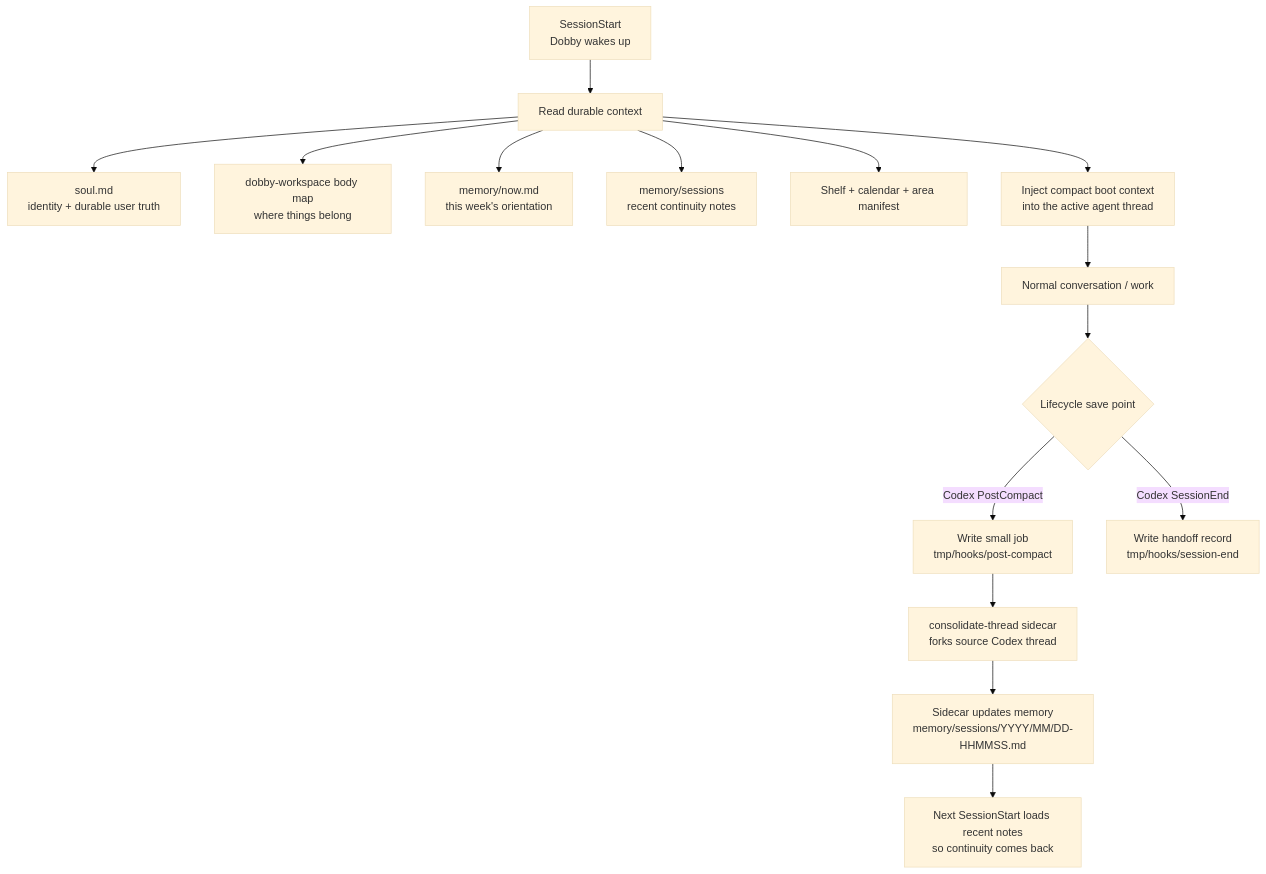
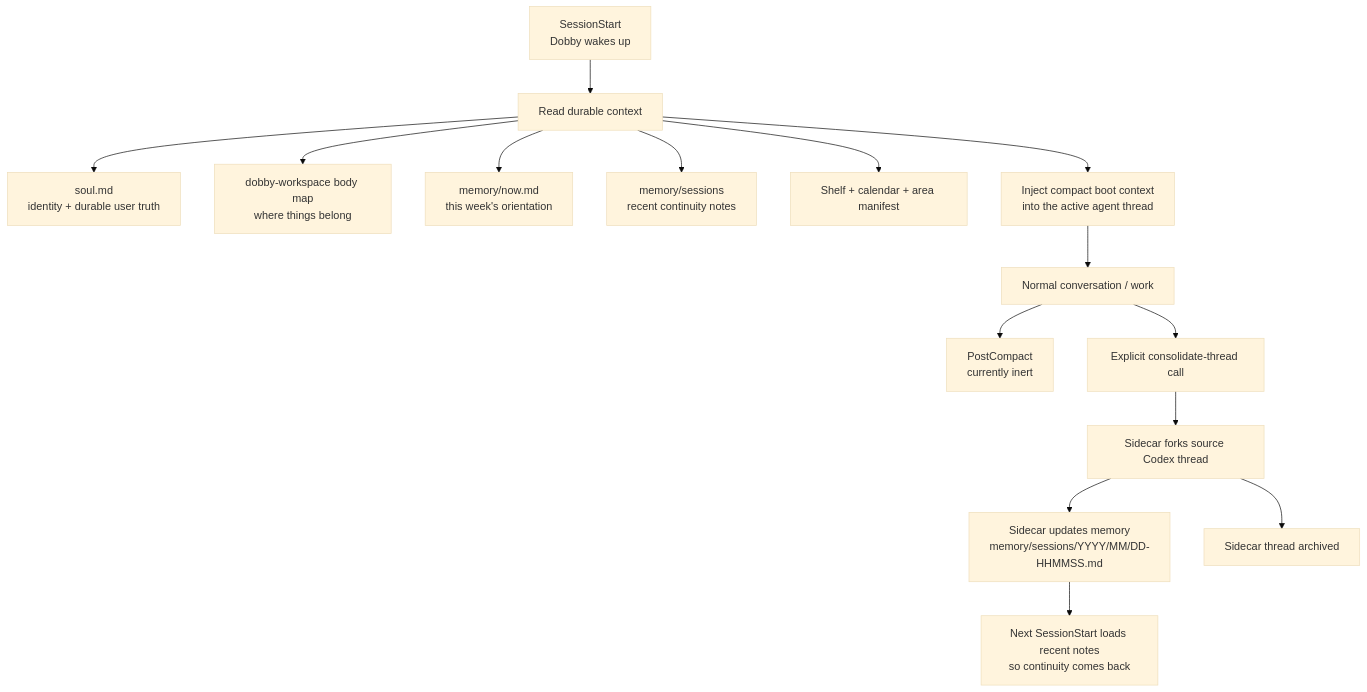
One commit to wisdom-in-a-nutshell/.agents changed the diagram in skills-source/owned/dobby-lifecycle/references/lifecycle-hooks.md. Above: the diagram before and after it, drawn with Mermaid (base theme). The commit also changed other lines of this file and 3 other files, not shown here.

Commit message:
Auto-sync: lifecycle post-compact cleanup

````diff
--- a/skills-source/owned/dobby-lifecycle/references/lifecycle-hooks.md
+++ b/skills-source/owned/dobby-lifecycle/references/lifecycle-hooks.md
@@ -8,21 +8,20 @@
 ```mermaid
 flowchart TD
     A["SessionStart<br/>Dobby wakes up"] --> B["Read durable context"]
     B --> B1["soul.md<br/>identity + durable user truth"]
     B --> B2["dobby-workspace body map<br/>where things belong"]
     B --> B3["memory/now.md<br/>this week's orientation"]
     B --> B4["memory/sessions<br/>recent continuity notes"]
     B --> B5["Shelf + calendar + area manifest"]
     B --> C["Inject compact boot context<br/>into the active agent thread"]
 
     C --> D["Normal conversation / work"]
 
-    D --> E{"Lifecycle save point"}
-    E -->|Codex PostCompact| F["Write small job<br/>tmp/hooks/post-compact"]
-    F --> G["consolidate-thread sidecar<br/>forks source Codex thread"]
+    D --> E["PostCompact<br/>currently inert"]
+    D --> F["Explicit consolidate-thread call"]
+    F --> G["Sidecar forks source Codex thread"]
     G --> H["Sidecar updates memory<br/>memory/sessions/YYYY/MM/DD-HHMMSS.md"]
-
-    E -->|Codex SessionEnd| I["Write handoff record<br/>tmp/hooks/session-end"]
+    G --> I["Sidecar thread archived"]
 
     H --> K["Next SessionStart loads recent notes<br/>so continuity comes back"]
 ```
````
